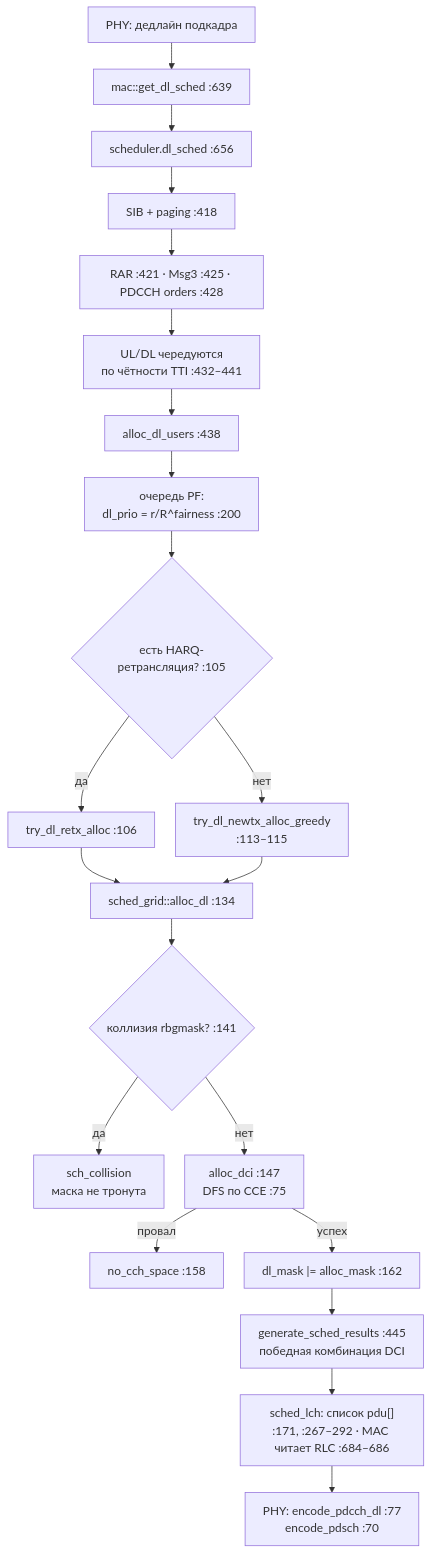
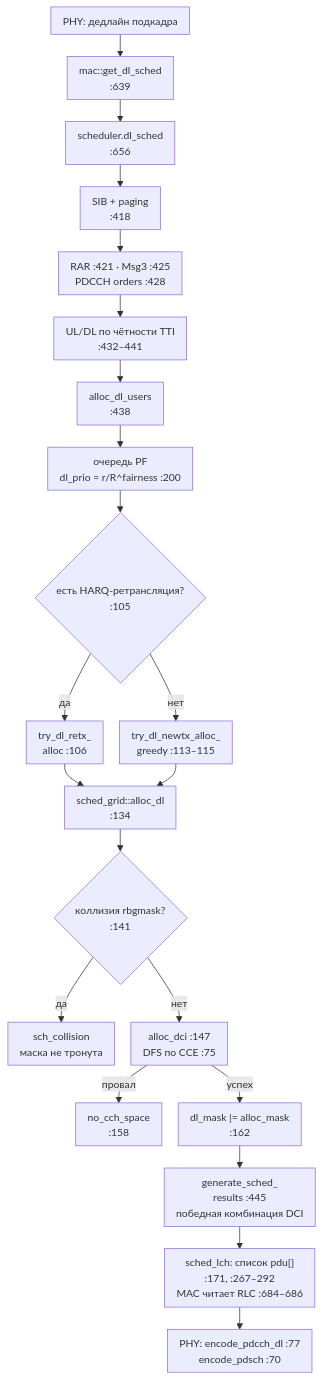
Before and after one commit to dokbrawn/REC-S5: the first of 5 diagrams in weeks/docs/week_03_report.md, drawn with Mermaid. The commit also changed other lines of this file, not shown here.

````diff
--- a/weeks/docs/week_03_report.md
+++ b/weeks/docs/week_03_report.md
@@ -120,24 +120,24 @@
 ```mermaid
-%%{init: {"flowchart": {"htmlLabels": true, "nodeSpacing": 28, "rankSpacing": 36, "padding": 12}}}%%
+%%{init: {"flowchart": {"htmlLabels": true, "useMaxWidth": false, "nodeSpacing": 22, "rankSpacing": 30, "padding": 8}, "themeVariables": {"fontSize": "14px"}}}%%
 flowchart TD
-    A["PHY: дедлайн подкадра"] --> B["mac::get_dl_sched :639"]
-    B --> C["scheduler.dl_sched :656"]
-    C --> D["SIB + paging :418"]
-    D --> E["RAR :421 · Msg3 :425 · PDCCH orders :428"]
-    E --> F["UL/DL чередуются<br/>по чётности TTI :432–441"]
-    F --> G["alloc_dl_users :438"]
-    G --> H["очередь PF:<br/>dl_prio = r/R^fairness :200"]
-    H --> I{"есть HARQ-ретрансляция? :105"}
-    I -->|да| J["try_dl_retx_alloc :106"]
-    I -->|нет| K["try_dl_newtx_alloc_greedy<br/>:113–115"]
-    J --> L["sched_grid::alloc_dl :134"]
+    A["PHY: дедлайн подкадра"] --> B["mac::get_dl_sched<br/>:639"]
+    B --> C["scheduler.dl_sched<br/>:656"]
+    C --> D["SIB + paging<br/>:418"]
+    D --> E["RAR :421 · Msg3 :425<br/>PDCCH orders :428"]
+    E --> F["UL/DL по чётности TTI<br/>:432–441"]
+    F --> G["alloc_dl_users<br/>:438"]
+    G --> H["очередь PF<br/>dl_prio = r/R^fairness :200"]
+    H --> I{"есть HARQ-ретрансляция?<br/>:105"}
+    I -->|да| J["try_dl_retx_<br/>alloc :106"]
+    I -->|нет| K["try_dl_newtx_alloc_<br/>greedy :113–115"]
+    J --> L["sched_grid::alloc_dl<br/>:134"]
     K --> L
-    L --> M{"коллизия rbgmask? :141"}
+    L --> M{"коллизия rbgmask?<br/>:141"}
     M -->|да| N["sch_collision<br/>маска не тронута"]
     M -->|нет| O["alloc_dci :147<br/>DFS по CCE :75"]
-    O -->|провал| P["no_cch_space :158"]
-    O -->|успех| Q["dl_mask |= alloc_mask :162"]
-    Q --> R["generate_sched_results :445<br/>победная комбинация DCI"]
-    R --> S["sched_lch: список pdu[]<br/>:171, :267–292 · MAC читает RLC :684–686"]
+    O -->|провал| P["no_cch_space<br/>:158"]
+    O -->|успех| Q["dl_mask |= alloc_mask<br/>:162"]
+    Q --> R["generate_sched_<br/>results :445<br/>победная комбинация DCI"]
+    R --> S["sched_lch: список pdu[]<br/>:171, :267–292<br/>MAC читает RLC :684–686"]
     S --> T["PHY: encode_pdcch_dl :77<br/>encode_pdsch :70"]
 ```
````
